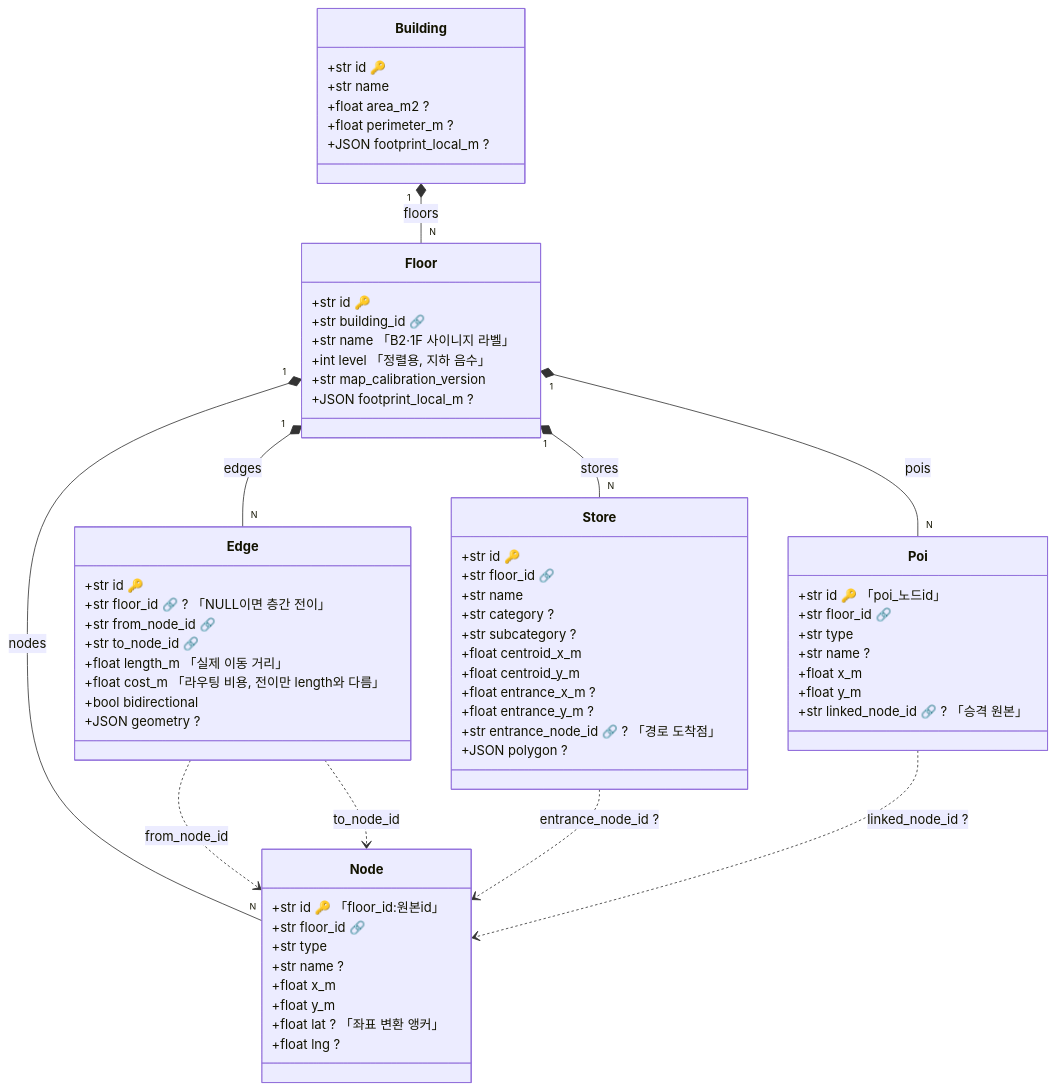
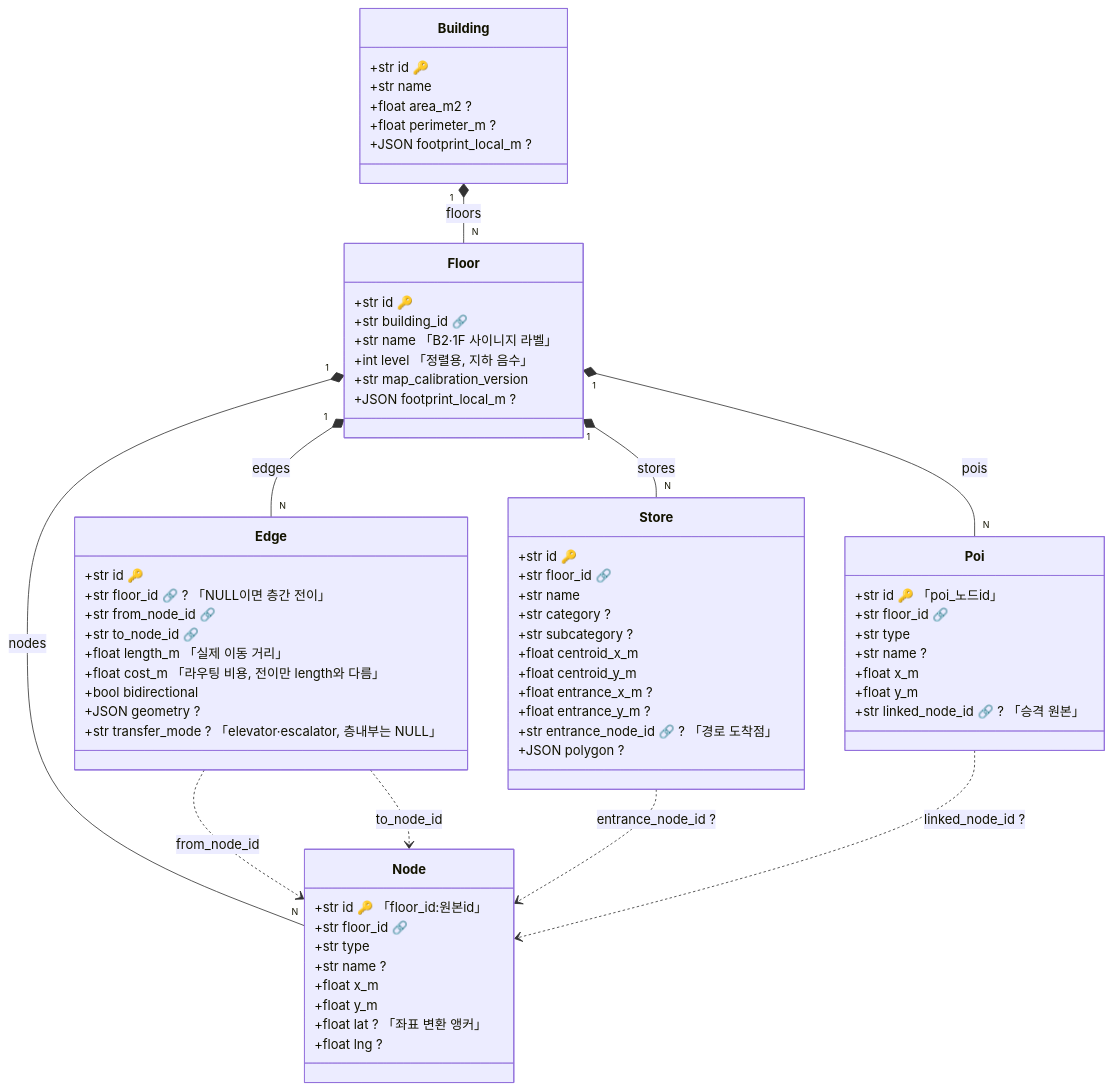
The diagram in backend/app/models/README.md (Routex-labs/Navigation), drawn with Mermaid before and after one commit. The commit also changed other lines of this file and 2 other files, not shown here.

Commit message:
docs: 그래프 무결성 강제와 설계 결정을 문서에 반영한다
Edge CheckConstraint·PRAGMA·검증기·리비전을 models/dto README에 반영하고, 03번
문서의 완료 기준을 체크하고 간선 테이블 미분리·building_id 미도입 근거를 남긴다.

````diff
--- a/backend/app/models/README.md
+++ b/backend/app/models/README.md
@@ -24,70 +24,71 @@
 ```mermaid
 classDiagram
     class Building {
         +str id 🔑
         +str name
         +float area_m2 ?
         +float perimeter_m ?
         +JSON footprint_local_m ?
     }
     class Floor {
         +str id 🔑
         +str building_id 🔗
         +str name  「B2·1F 사이니지 라벨」
         +int level 「정렬용, 지하 음수」
         +str map_calibration_version
         +JSON footprint_local_m ?
     }
     class Node {
         +str id 🔑 「floor_id:원본id」
         +str floor_id 🔗
         +str type
         +str name ?
         +float x_m
         +float y_m
         +float lat ? 「좌표 변환 앵커」
         +float lng ?
     }
     class Edge {
         +str id 🔑
         +str floor_id 🔗 ? 「NULL이면 층간 전이」
         +str from_node_id 🔗
         +str to_node_id 🔗
         +float length_m 「실제 이동 거리」
         +float cost_m 「라우팅 비용, 전이만 length와 다름」
         +bool bidirectional
         +JSON geometry ?
+        +str transfer_mode ? 「elevator·escalator, 층내부는 NULL」
     }
     class Store {
         +str id 🔑
         +str floor_id 🔗
         +str name
         +str category ?
         +str subcategory ?
         +float centroid_x_m
         +float centroid_y_m
         +float entrance_x_m ?
         +float entrance_y_m ?
         +str entrance_node_id 🔗 ? 「경로 도착점」
         +JSON polygon ?
     }
     class Poi {
         +str id 🔑 「poi_노드id」
         +str floor_id 🔗
         +str type
         +str name ?
         +float x_m
         +float y_m
         +str linked_node_id 🔗 ? 「승격 원본」
     }
 
     Building "1" *-- "N" Floor : floors
     Floor "1" *-- "N" Node : nodes
     Floor "1" *-- "N" Edge : edges
     Floor "1" *-- "N" Store : stores
     Floor "1" *-- "N" Poi : pois
     Edge ..> Node : from_node_id
     Edge ..> Node : to_node_id
     Store ..> Node : entrance_node_id ?
     Poi ..> Node : linked_node_id ?
 ```
````
